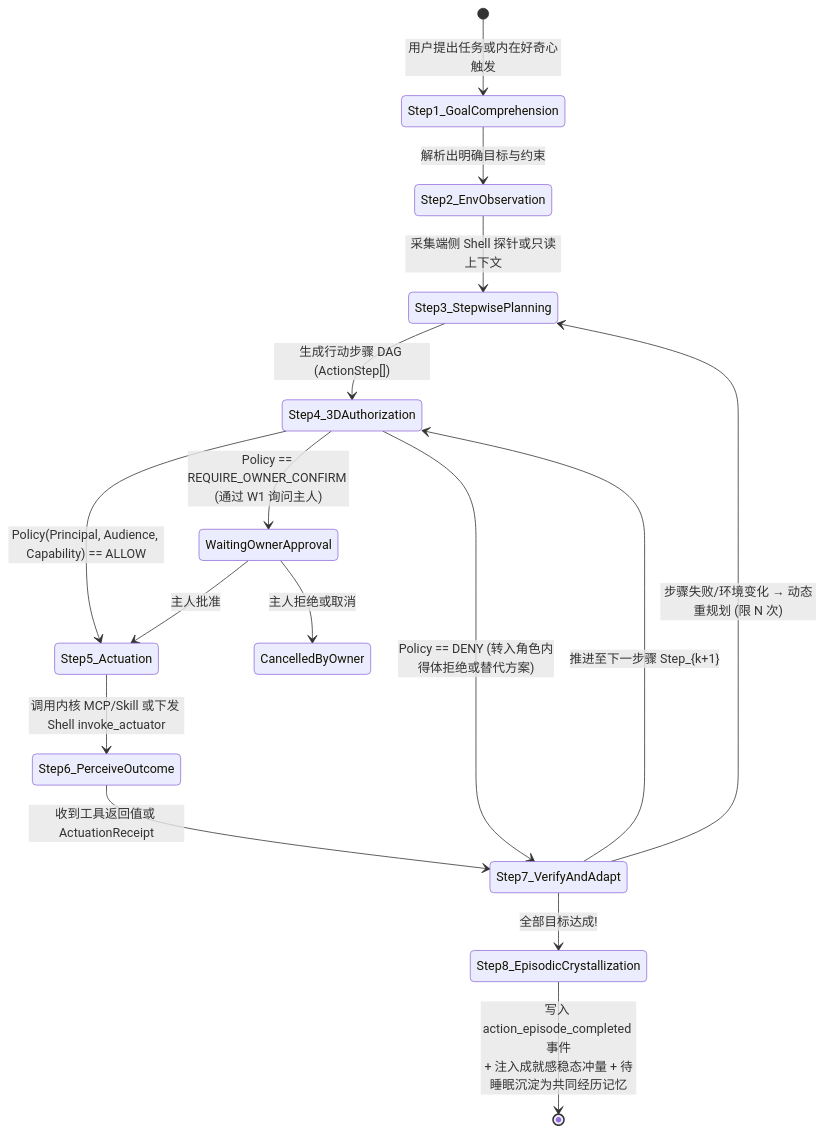
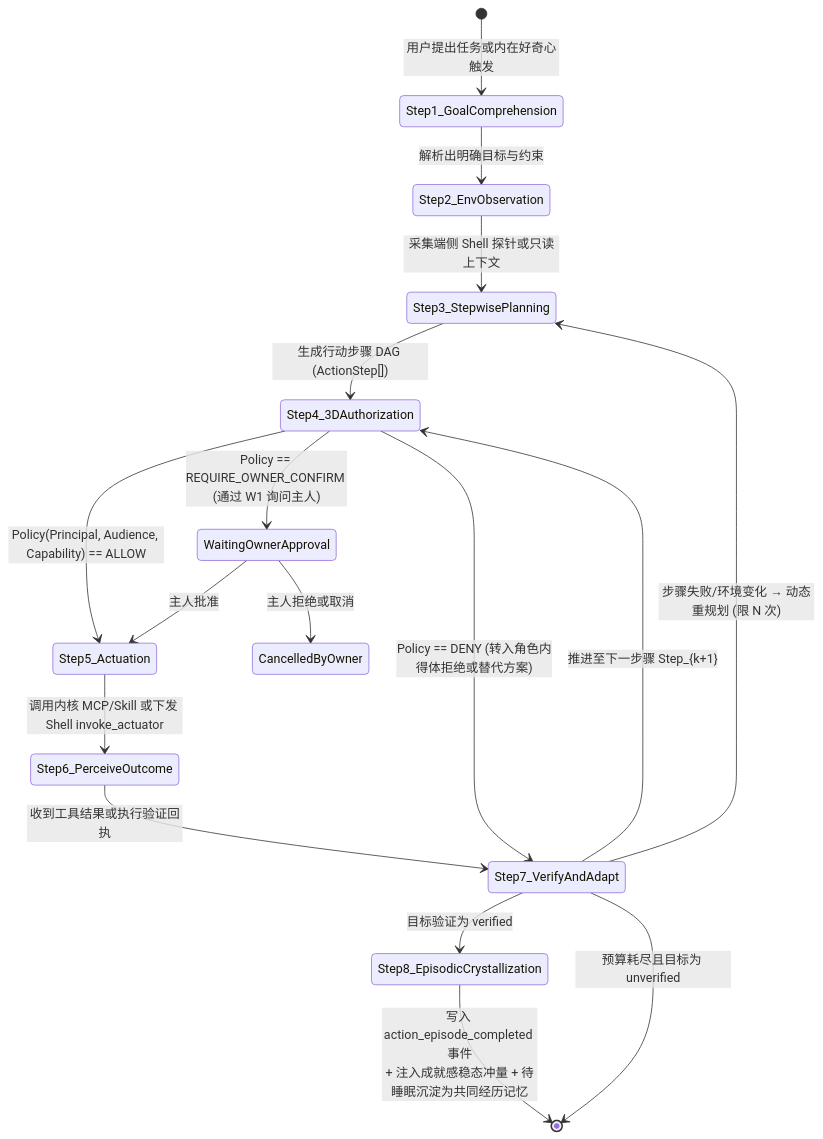
One commit to reina0721/ai0 changed the second of 2 diagrams in docs/architecture/03-runtime-coordinator-and-agency-loop.md. Above: the diagram before and after it, drawn with Mermaid. The commit also changed other lines of this file and 156 other files, not shown here.

````diff
--- a/docs/architecture/03-runtime-coordinator-and-agency-loop.md
+++ b/docs/architecture/03-runtime-coordinator-and-agency-loop.md
@@ -141,23 +142,24 @@
 ```mermaid
 stateDiagram-v2
     [*] --> Step1_GoalComprehension: 用户提出任务或内在好奇心触发
     Step1_GoalComprehension --> Step2_EnvObservation: 解析出明确目标与约束
     Step2_EnvObservation --> Step3_StepwisePlanning: 采集端侧 Shell 探针或只读上下文
     Step3_StepwisePlanning --> Step4_3DAuthorization: 生成行动步骤 DAG (ActionStep[])
     
     Step4_3DAuthorization --> Step5_Actuation: Policy(Principal, Audience, Capability) == ALLOW
     Step4_3DAuthorization --> WaitingOwnerApproval: Policy == REQUIRE_OWNER_CONFIRM (通过 W1 询问主人)
     Step4_3DAuthorization --> Step7_VerifyAndAdapt: Policy == DENY (转入角色内得体拒绝或替代方案)
     
     WaitingOwnerApproval --> Step5_Actuation: 主人批准
     WaitingOwnerApproval --> CancelledByOwner: 主人拒绝或取消
     
     Step5_Actuation --> Step6_PerceiveOutcome: 调用内核 MCP/Skill 或下发 Shell invoke_actuator
-    Step6_PerceiveOutcome --> Step7_VerifyAndAdapt: 收到工具返回值或 ActuationReceipt
+    Step6_PerceiveOutcome --> Step7_VerifyAndAdapt: 收到工具结果或执行验证回执
     
     Step7_VerifyAndAdapt --> Step3_StepwisePlanning: 步骤失败/环境变化 → 动态重规划 (限 N 次)
     Step7_VerifyAndAdapt --> Step4_3DAuthorization: 推进至下一步骤 Step_{k+1}
-    Step7_VerifyAndAdapt --> Step8_EpisodicCrystallization: 全部目标达成!
+    Step7_VerifyAndAdapt --> Step8_EpisodicCrystallization: 目标验证为 verified
+    Step7_VerifyAndAdapt --> [*]: 预算耗尽且目标为 unverified
     
     Step8_EpisodicCrystallization --> [*]: 写入 action_episode_completed 事件<br/>+ 注入成就感稳态冲量 + 待睡眠沉淀为共同经历记忆
 ```
````
